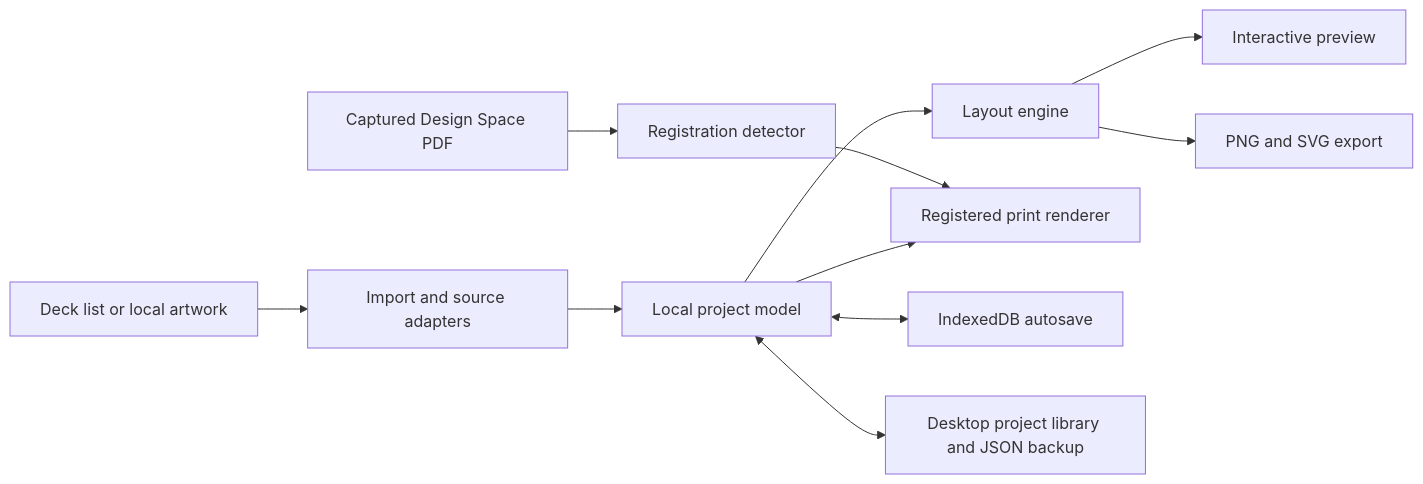
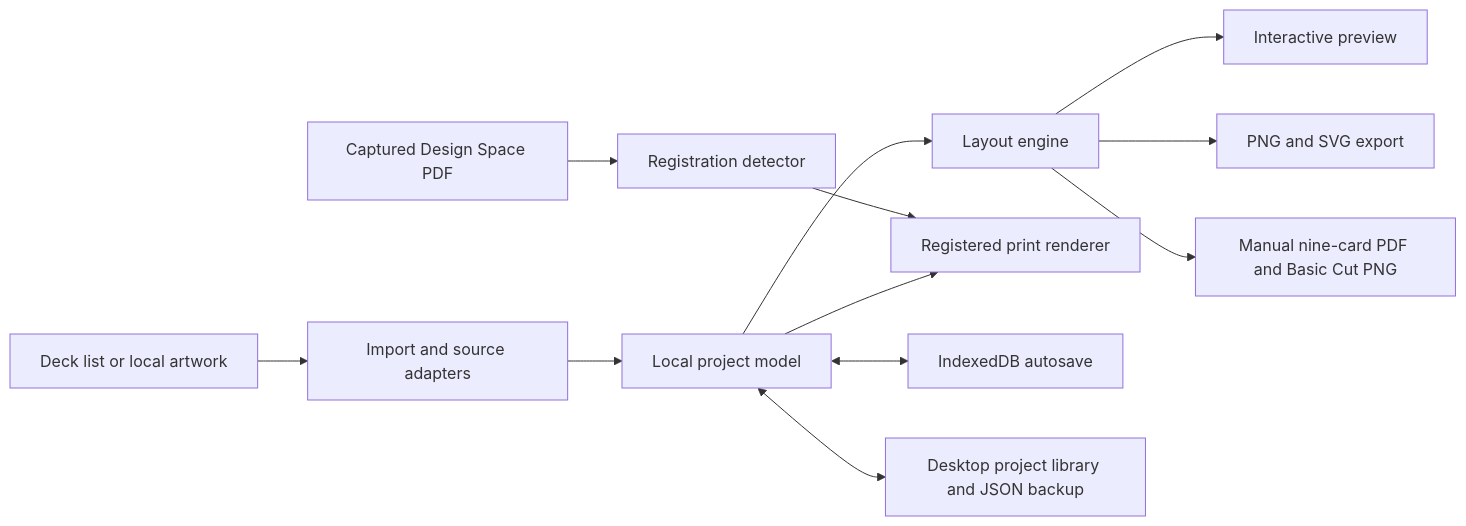
One commit to Go2Engle/CriProx changed the diagram in docs/ARCHITECTURE.md. Above: the diagram before and after it, drawn with Mermaid. The commit also changed other lines of this file and 19 other files, not shown here.

Commit message:
feat(cutting): add calibrated nine-card manual workflow (#48)

````diff
--- a/docs/ARCHITECTURE.md
+++ b/docs/ARCHITECTURE.md
@@ -5,13 +5,14 @@
 ```mermaid
 flowchart LR
     A[Deck list or local artwork] --> B[Import and source adapters]
     B --> C[Local project model]
     C --> D[Layout engine]
     D --> E[Interactive preview]
     D --> F[PNG and SVG export]
+    D --> L[Manual nine-card PDF and Basic Cut PNG]
     G[Captured Design Space PDF] --> H[Registration detector]
     H --> I[Registered print renderer]
     C --> I
     C <--> J[IndexedDB autosave]
     C <--> K[Desktop project library and JSON backup]
 ```
````
